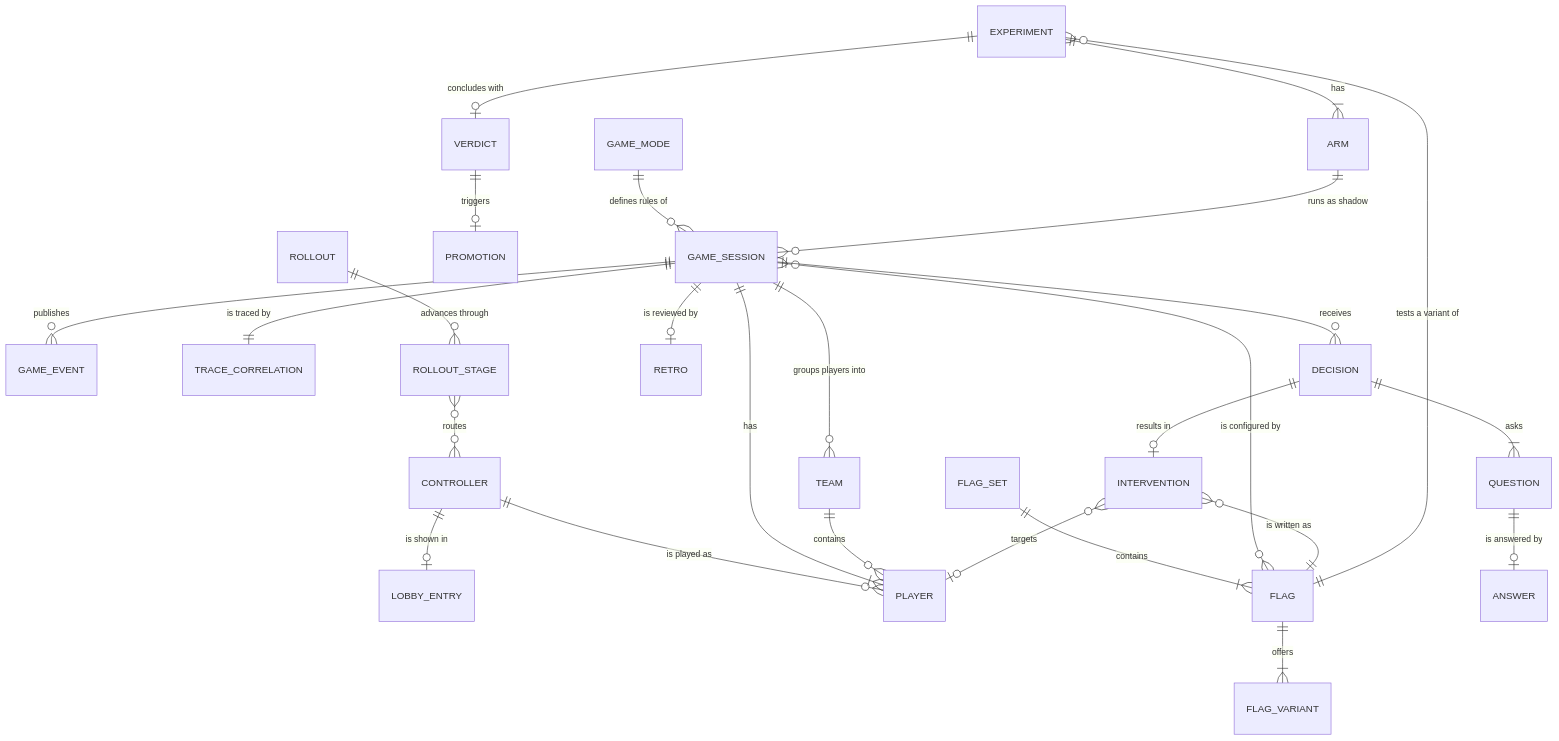
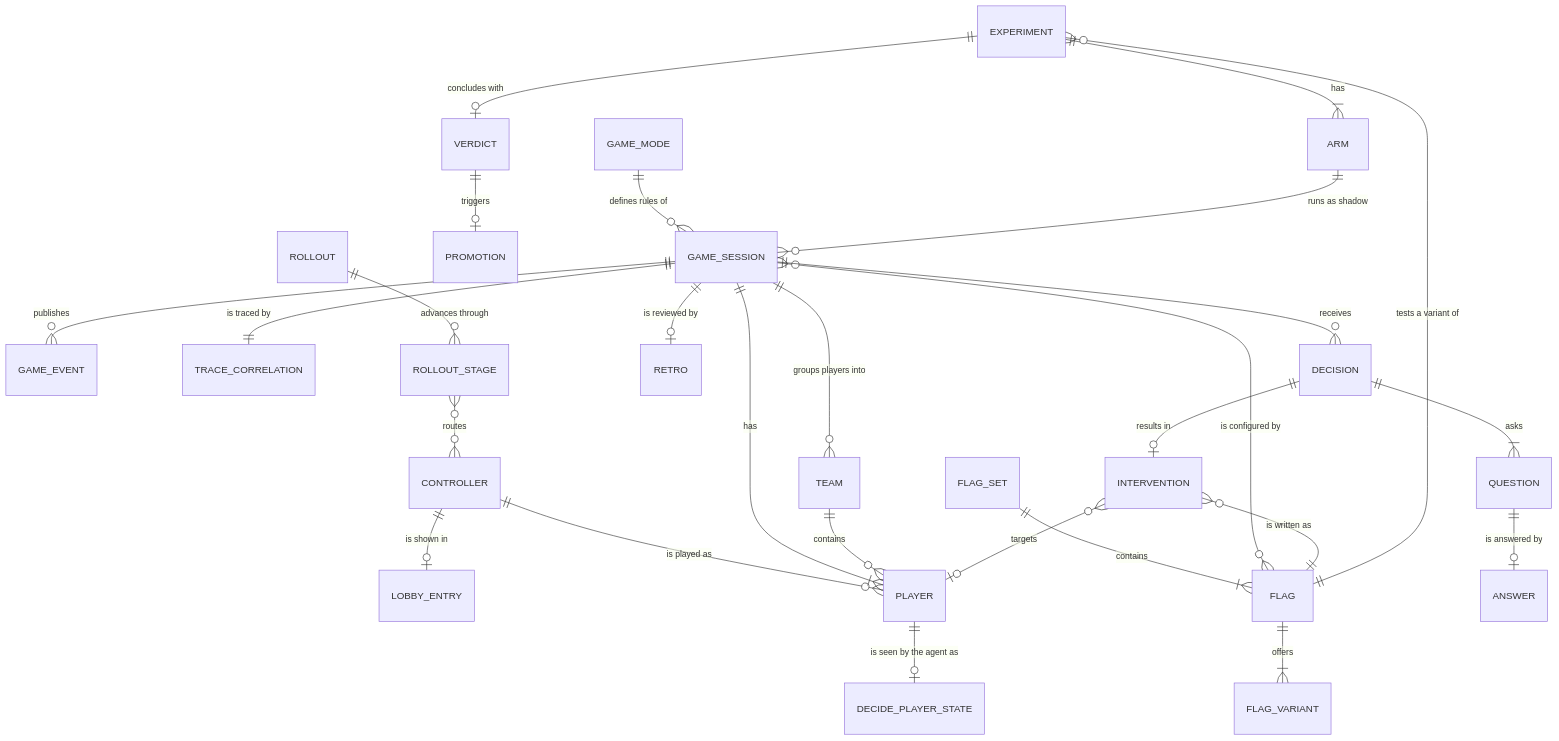
The diagram in docs/entity_model.md (WatchMeJoustMyFlags/JoustMania), drawn with Mermaid before and after one commit. The commit also changed other lines of this file and 7 other files, not shown here.

````diff
--- a/docs/entity_model.md
+++ b/docs/entity_model.md
@@ -12,28 +12,29 @@
 ```mermaid
 erDiagram
     CONTROLLER ||--o| LOBBY_ENTRY : "is shown in"
     CONTROLLER ||--o{ PLAYER : "is played as"
     GAME_MODE ||--o{ GAME_SESSION : "defines rules of"
     GAME_SESSION ||--|{ PLAYER : "has"
+    PLAYER ||--o| DECIDE_PLAYER_STATE : "is seen by the agent as"
     GAME_SESSION ||--o{ TEAM : "groups players into"
     TEAM ||--o{ PLAYER : "contains"
     GAME_SESSION ||--o{ GAME_EVENT : "publishes"
     GAME_SESSION ||--|| TRACE_CORRELATION : "is traced by"
     FLAG_SET ||--|{ FLAG : "contains"
     FLAG ||--|{ FLAG_VARIANT : "offers"
     GAME_SESSION }o--o{ FLAG : "is configured by"
     GAME_SESSION ||--o{ DECISION : "receives"
     DECISION ||--|{ QUESTION : "asks"
     QUESTION ||--o| ANSWER : "is answered by"
     DECISION ||--o| INTERVENTION : "results in"
     INTERVENTION }o--|| FLAG : "is written as"
     INTERVENTION }o--o| PLAYER : "targets"
     EXPERIMENT ||--|{ ARM : "has"
     EXPERIMENT }o--|| FLAG : "tests a variant of"
     ARM ||--o{ GAME_SESSION : "runs as shadow"
     EXPERIMENT ||--o| VERDICT : "concludes with"
     VERDICT ||--o| PROMOTION : "triggers"
     GAME_SESSION ||--o| RETRO : "is reviewed by"
     ROLLOUT ||--o{ ROLLOUT_STAGE : "advances through"
     ROLLOUT_STAGE }o--o{ CONTROLLER : "routes"
 ```
````
